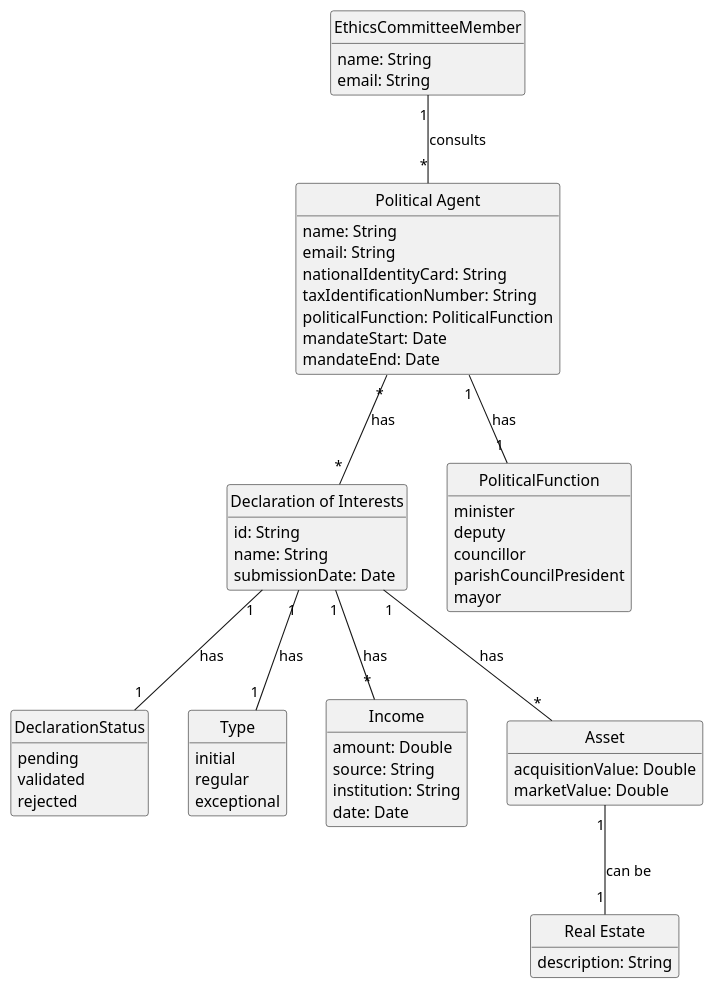
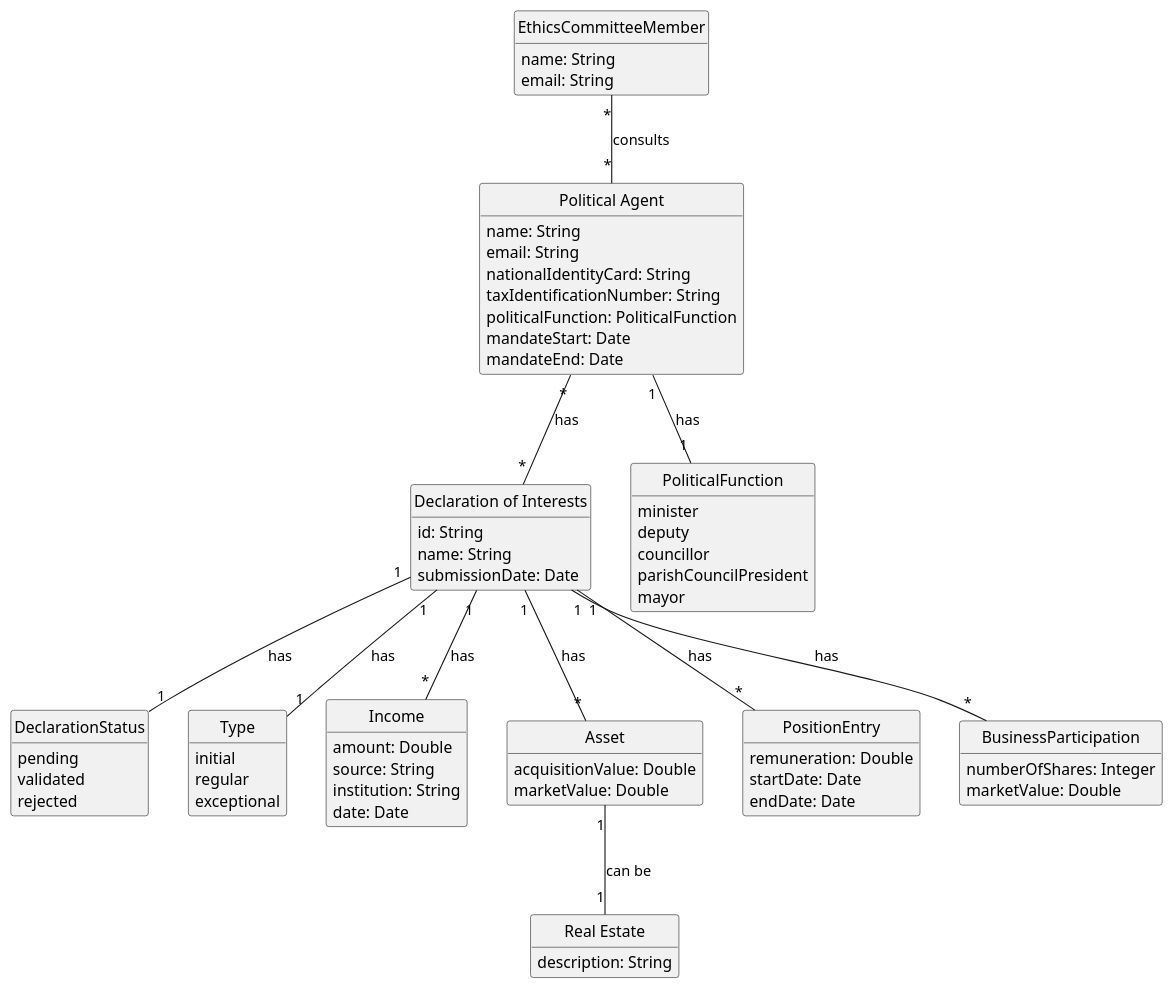
Before and after one commit to brunodspinto/crystal-clear-platform: the diagram in docs/system-documentation/US09/02.analysis/puml/US09-DM.puml, drawn with PlantUML. The commit also changed 1 other file, not shown here.

```diff
--- a/docs/system-documentation/US09/02.analysis/puml/US09-DM.puml
+++ b/docs/system-documentation/US09/02.analysis/puml/US09-DM.puml
@@ -1,80 +1,94 @@
 @startuml US09-DM
 skinparam monochrome true
 skinparam packageStyle rectangle
 skinparam shadowing false
 skinparam classAttributeIconSize 0
 
 hide circle
 hide methods
 
 class EthicsCommitteeMember {
     name: String
     email: String
 }
 
 class "Political Agent" as PoliticalAgent {
     name: String
     email: String
     nationalIdentityCard: String
     taxIdentificationNumber: String
     politicalFunction: PoliticalFunction
     mandateStart: Date
     mandateEnd: Date
 }
 
 class "Declaration of Interests" as Declaration {
     id: String
     name: String
     submissionDate: Date
 }
 
 enum DeclarationStatus {
     pending
     validated
     rejected
 }
 
 enum Type {
     initial
     regular
     exceptional
 }
 
 enum PoliticalFunction {
     minister
     deputy
     councillor
     parishCouncilPresident
     mayor
 }
 
 class Income {
     amount: Double
     source: String
     institution: String
     date: Date
 }
 
 class Asset {
     acquisitionValue: Double
     marketValue: Double
 }
 
 class "Real Estate" as RealEstate {
     description: String
 }
 
-EthicsCommitteeMember "1" -- "*" PoliticalAgent : consults
+class PositionEntry {
+    remuneration: Double
+    startDate: Date
+    endDate: Date
+}
+
+class BusinessParticipation {
+    numberOfShares: Integer
+    marketValue: Double
+}
+
+EthicsCommitteeMember "*" -- "*" PoliticalAgent : consults
 
 PoliticalAgent "*" -- "*" Declaration : has
 
 PoliticalAgent "1" -- "1" PoliticalFunction : has
 
 Declaration "1" -- "1" Type : has
 Declaration "1" -- "1" DeclarationStatus : has
 Declaration "1" -- "*" Income : has
 Declaration "1" -- "*" Asset : has
 
+Declaration "1" -- "*" PositionEntry : has
+Declaration "1" -- "*" BusinessParticipation : has
+
 Asset "1" -- "1" RealEstate : can be
 
 @enduml
```
